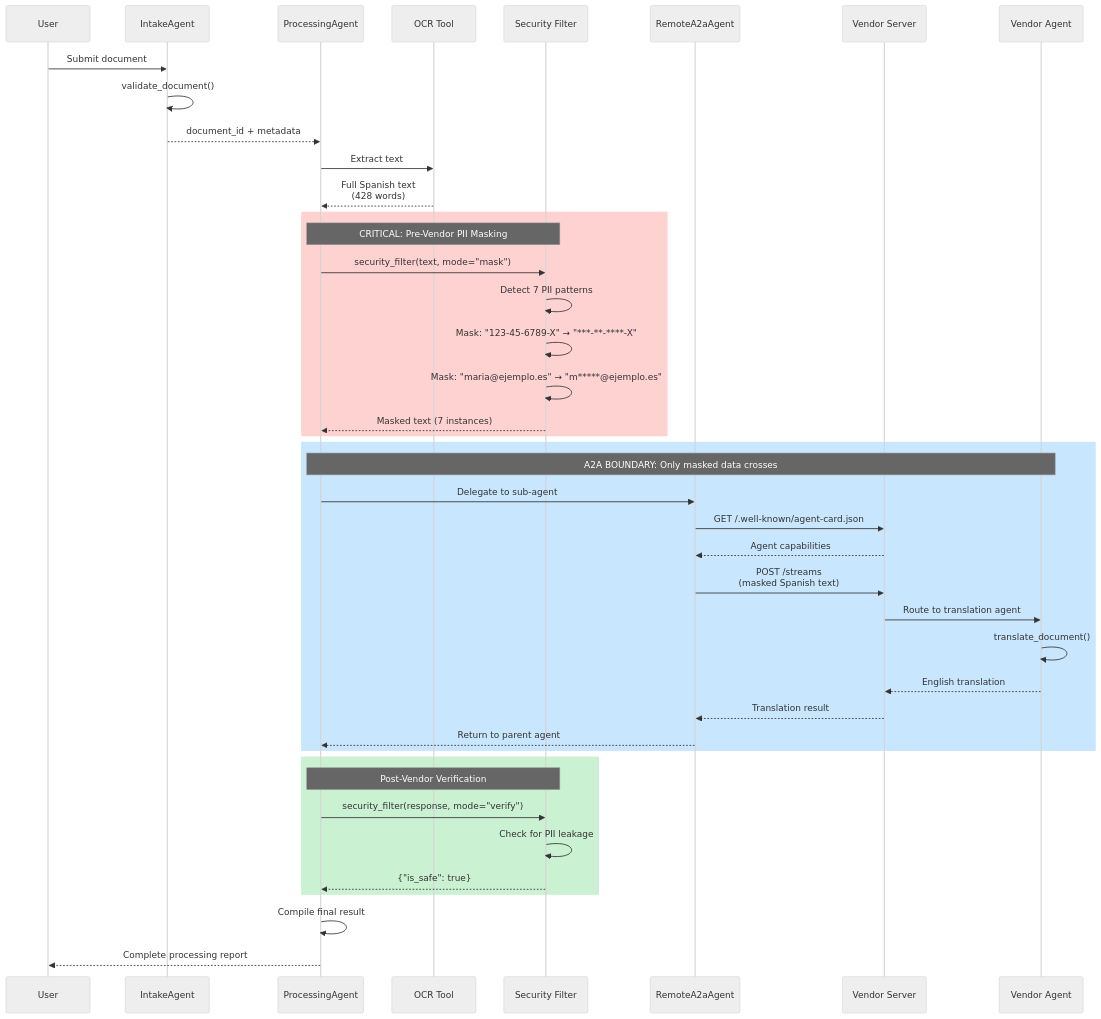
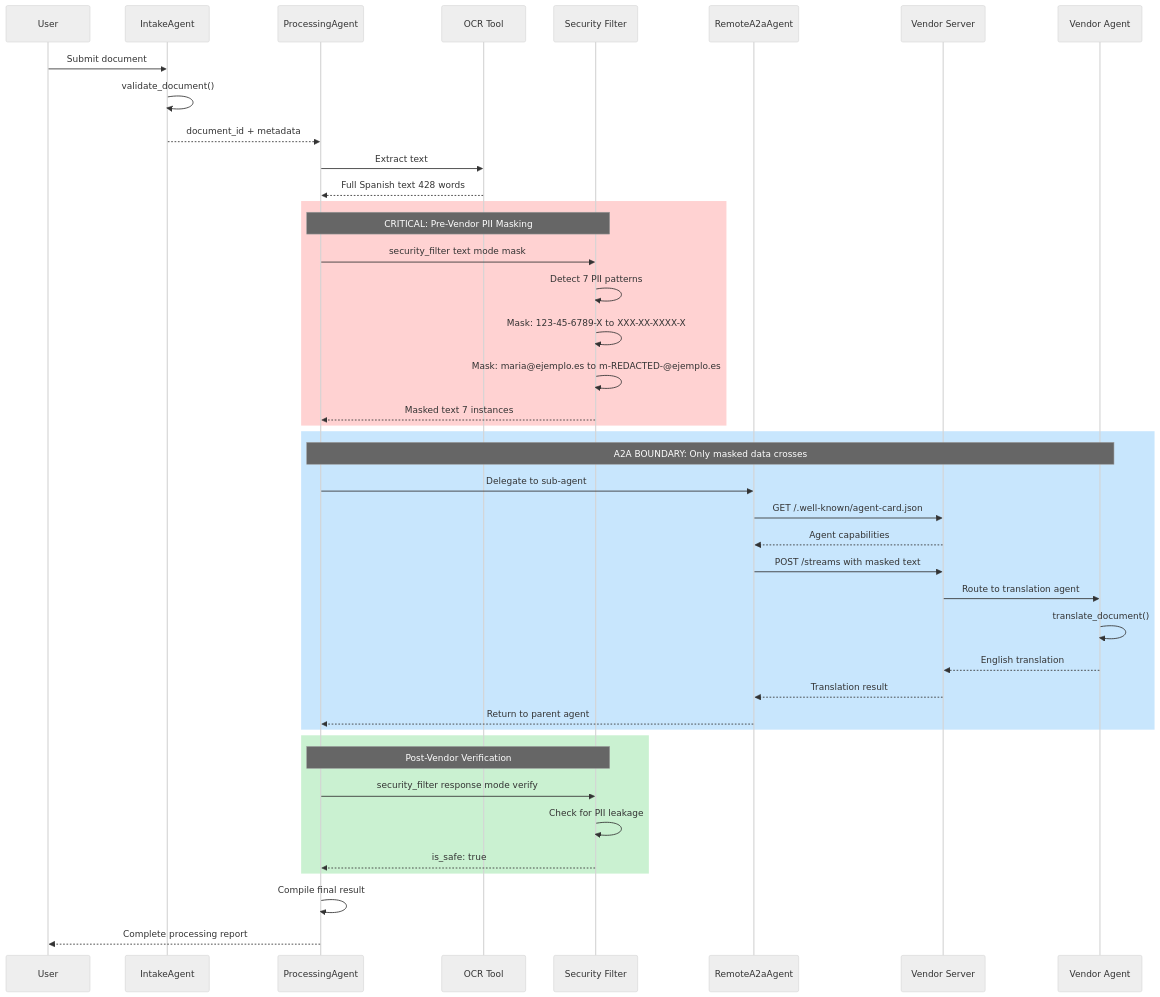
Before and after one commit to ortall0201/enterprise-gov-docs-a2a-capstone: the second of 4 diagrams in overview.md, drawn with Mermaid (neutral theme). The commit also changed other lines of this file, not shown here.

Commit message:
fix: Correct Mermaid diagram syntax errors in overview.md
Fixed rendering issues in architecture diagrams:
- Replaced asterisks with X characters to avoid escaping errors
- Simplified special character handling in node labels
- Removed problematic quotes and HTML entities
- Changed masking display from *** to XXX for clarity
- Simplified sequence diagram labels for better rendering

Changes:
- Sequence diagram: Fixed PII masking examples
- PII flow diagram: Replaced asterisk patterns with X patterns
- Removed complex HTML entities and escaped quotes

🤖 Generated with [Claude Code](https://claude.com/claude-code)

````diff
--- a/overview.md
+++ b/overview.md
@@ -67,50 +67,50 @@
 ```mermaid
 sequenceDiagram
     participant U as User
     participant IA as IntakeAgent
     participant PA as ProcessingAgent
     participant OCR as OCR Tool
     participant SF as Security Filter
     participant A2A as RemoteA2aAgent
     participant VS as Vendor Server
     participant VA as Vendor Agent
 
     U->>IA: Submit document
     IA->>IA: validate_document()
     IA-->>PA: document_id + metadata
 
     PA->>OCR: Extract text
-    OCR-->>PA: Full Spanish text<br/>(428 words)
+    OCR-->>PA: Full Spanish text 428 words
 
     rect rgb(255, 107, 107, 0.3)
         Note over PA,SF: CRITICAL: Pre-Vendor PII Masking
-        PA->>SF: security_filter(text, mode="mask")
+        PA->>SF: security_filter text mode mask
         SF->>SF: Detect 7 PII patterns
-        SF->>SF: Mask: "123-45-6789-X" → "***-**-****-X"
-        SF->>SF: Mask: "maria@ejemplo.es" → "m*****@ejemplo.es"
-        SF-->>PA: Masked text (7 instances)
+        SF->>SF: Mask: 123-45-6789-X to XXX-XX-XXXX-X
+        SF->>SF: Mask: maria@ejemplo.es to m-REDACTED-@ejemplo.es
+        SF-->>PA: Masked text 7 instances
     end
 
     rect rgb(74, 171, 247, 0.3)
         Note over PA,VA: A2A BOUNDARY: Only masked data crosses
         PA->>A2A: Delegate to sub-agent
         A2A->>VS: GET /.well-known/agent-card.json
         VS-->>A2A: Agent capabilities
-        A2A->>VS: POST /streams<br/>(masked Spanish text)
+        A2A->>VS: POST /streams with masked text
         VS->>VA: Route to translation agent
         VA->>VA: translate_document()
         VA-->>VS: English translation
         VS-->>A2A: Translation result
         A2A-->>PA: Return to parent agent
     end
 
     rect rgb(81, 207, 102, 0.3)
         Note over PA,SF: Post-Vendor Verification
-        PA->>SF: security_filter(response, mode="verify")
+        PA->>SF: security_filter response mode verify
         SF->>SF: Check for PII leakage
-        SF-->>PA: {"is_safe": true}
+        SF-->>PA: is_safe: true
     end
 
     PA->>PA: Compile final result
     PA-->>U: Complete processing report
 ```
````
